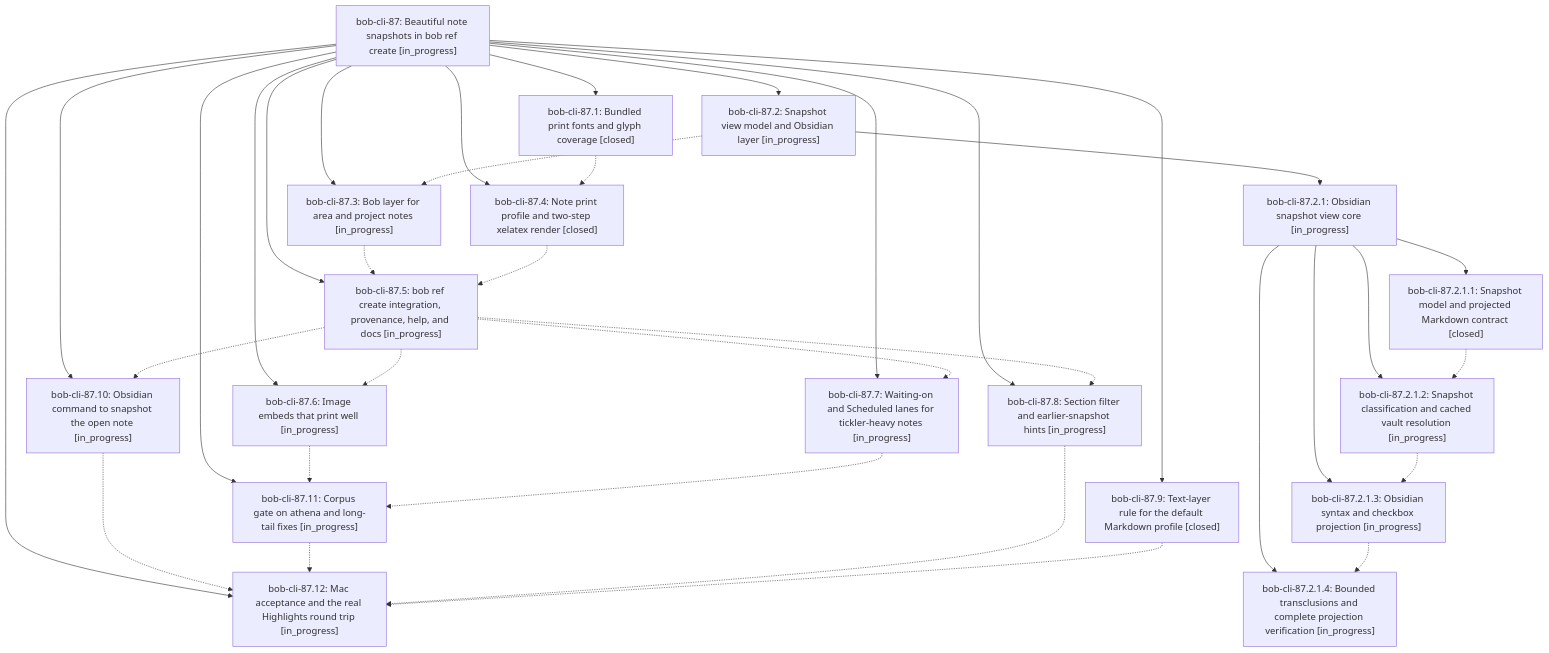
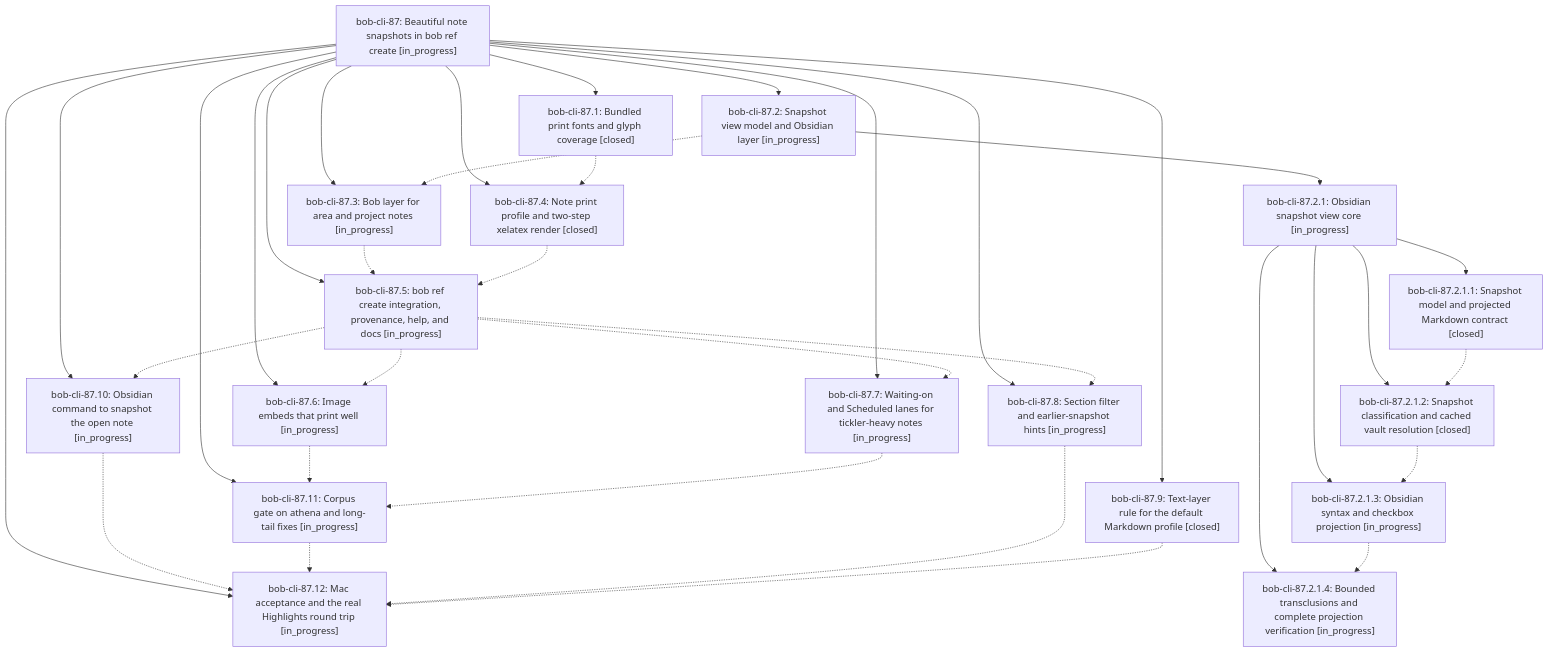
Before and after one commit to bobs-org/bob-cli--beads: the diagram in pages/bob-cli-87/README.md, drawn with Mermaid. The commit also changed other lines of this file and 3 other files, not shown here.

First line of the commit message:
chore(beads): sync bead state and pages for bob-cli-87

````diff
--- a/pages/bob-cli-87/README.md
+++ b/pages/bob-cli-87/README.md
@@ -47,55 +47,55 @@
 ```mermaid
 flowchart TD
     n0["bob-cli-87: Beautiful note snapshots in bob ref create [in_progress]"]
     n1["bob-cli-87.1: Bundled print fonts and glyph coverage [closed]"]
     n2["bob-cli-87.10: Obsidian command to snapshot the open note [in_progress]"]
     n3["bob-cli-87.11: Corpus gate on athena and long-tail fixes [in_progress]"]
     n4["bob-cli-87.12: Mac acceptance and the real Highlights round trip [in_progress]"]
     n5["bob-cli-87.2: Snapshot view model and Obsidian layer [in_progress]"]
     n6["bob-cli-87.2.1: Obsidian snapshot view core [in_progress]"]
     n7["bob-cli-87.2.1.1: Snapshot model and projected Markdown contract [closed]"]
-    n8["bob-cli-87.2.1.2: Snapshot classification and cached vault resolution [in_progress]"]
+    n8["bob-cli-87.2.1.2: Snapshot classification and cached vault resolution [closed]"]
     n9["bob-cli-87.2.1.3: Obsidian syntax and checkbox projection [in_progress]"]
     n10["bob-cli-87.2.1.4: Bounded transclusions and complete projection verification [in_progress]"]
     n11["bob-cli-87.3: Bob layer for area and project notes [in_progress]"]
     n12["bob-cli-87.4: Note print profile and two-step xelatex render [closed]"]
     n13["bob-cli-87.5: bob ref create integration, provenance, help, and docs [in_progress]"]
     n14["bob-cli-87.6: Image embeds that print well [in_progress]"]
     n15["bob-cli-87.7: Waiting-on and Scheduled lanes for tickler-heavy notes [in_progress]"]
     n16["bob-cli-87.8: Section filter and earlier-snapshot hints [in_progress]"]
     n17["bob-cli-87.9: Text-layer rule for the default Markdown profile [closed]"]
     n0 --> n1
     n0 --> n2
     n0 --> n3
     n0 --> n4
     n0 --> n5
     n5 --> n6
     n6 --> n7
     n6 --> n8
     n6 --> n9
     n6 --> n10
     n0 --> n11
     n0 --> n12
     n0 --> n13
     n0 --> n14
     n0 --> n15
     n0 --> n16
     n0 --> n17
     n1 -.-> n12
     n2 -.-> n4
     n3 -.-> n4
     n5 -.-> n11
     n7 -.-> n8
     n8 -.-> n9
     n9 -.-> n10
     n11 -.-> n13
     n12 -.-> n13
     n13 -.-> n2
     n13 -.-> n14
     n13 -.-> n15
     n13 -.-> n16
     n14 -.-> n3
     n15 -.-> n3
     n16 -.-> n4
     n17 -.-> n4
 ```
````
